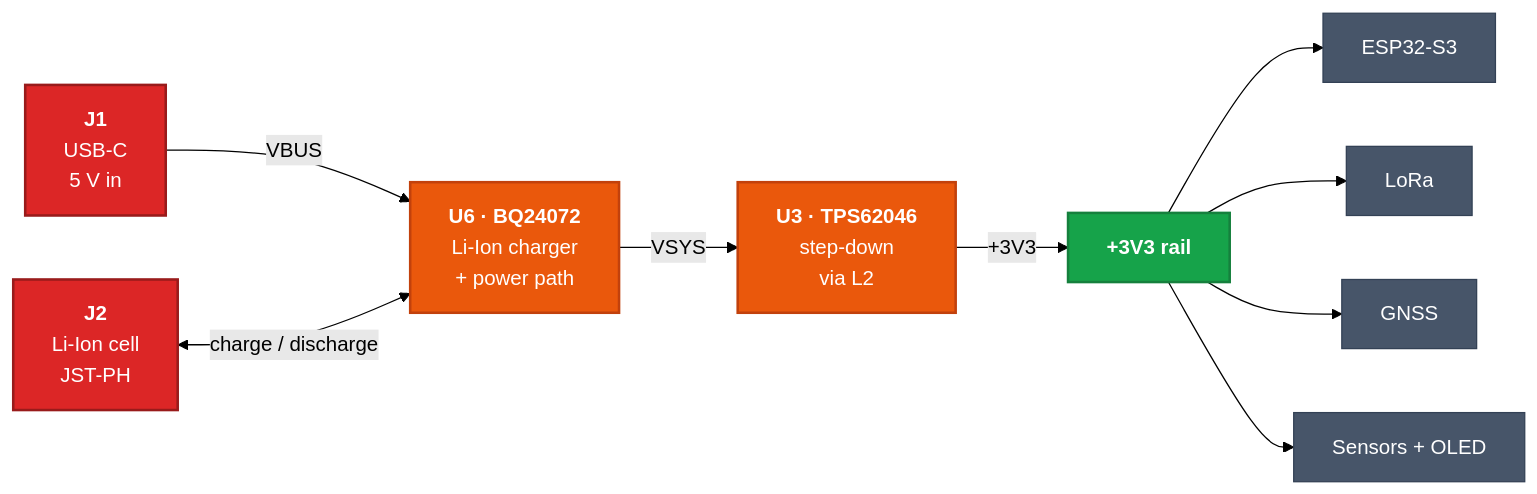
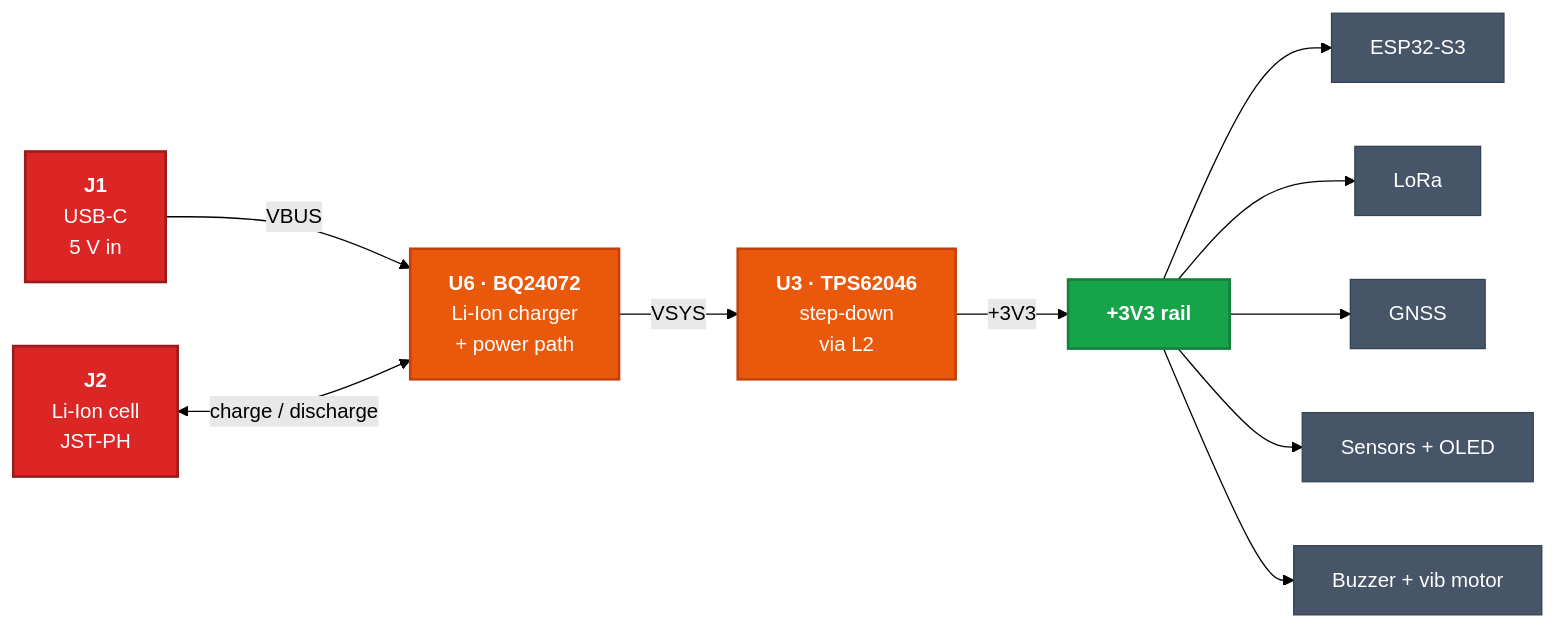
Before and after one commit to luthfai/meshthingy_v0: the second of 2 diagrams in README.md, drawn with Mermaid (forest theme). The commit also changed other lines of this file and 2 other files, not shown here.

````diff
--- a/README.md
+++ b/README.md
@@ -114,21 +117,22 @@
 ```mermaid
 flowchart LR
     USB["<b>J1</b><br/>USB-C<br/>5 V in"] -->|VBUS| CHG
     BATT["<b>J2</b><br/>Li-Ion cell<br/>JST-PH"] <-->|charge / discharge| CHG
     CHG["<b>U6 · BQ24072</b><br/>Li-Ion charger<br/>+ power path"] -->|VSYS| BUCK
     BUCK["<b>U3 · TPS62046</b><br/>step-down<br/>via L2"] -->|"+3V3"| RAIL
 
     RAIL["<b>+3V3 rail</b>"] --> M1["ESP32-S3"]
     RAIL --> M2["LoRa"]
     RAIL --> M3["GNSS"]
     RAIL --> M4["Sensors + OLED"]
+    RAIL --> M5["Buzzer + vib motor"]
 
     classDef src fill:#dc2626,stroke:#991b1b,color:#fff,stroke-width:2px
     classDef conv fill:#ea580c,stroke:#c2410c,color:#fff,stroke-width:2px
     classDef rail fill:#16a34a,stroke:#15803d,color:#fff,stroke-width:2px
     classDef load fill:#475569,stroke:#334155,color:#fff
     class USB,BATT src
     class CHG,BUCK conv
     class RAIL rail
-    class M1,M2,M3,M4 load
+    class M1,M2,M3,M4,M5 load
 ```
````
